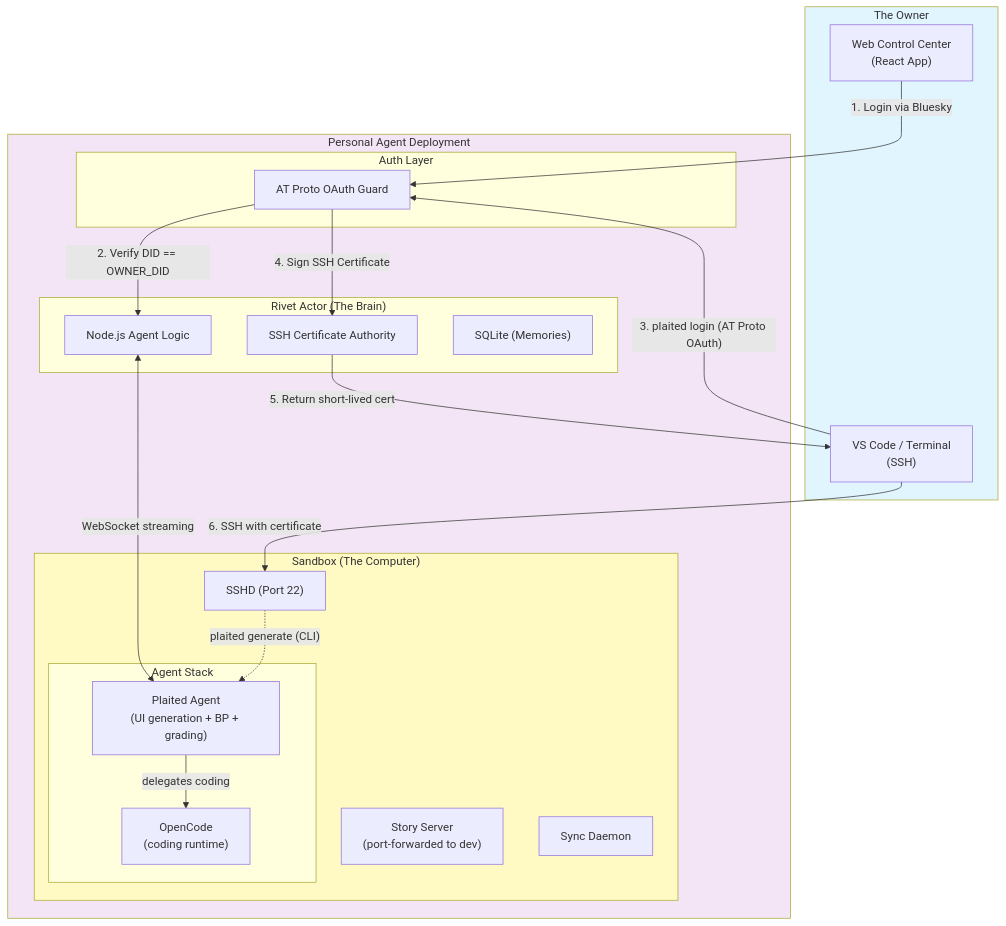
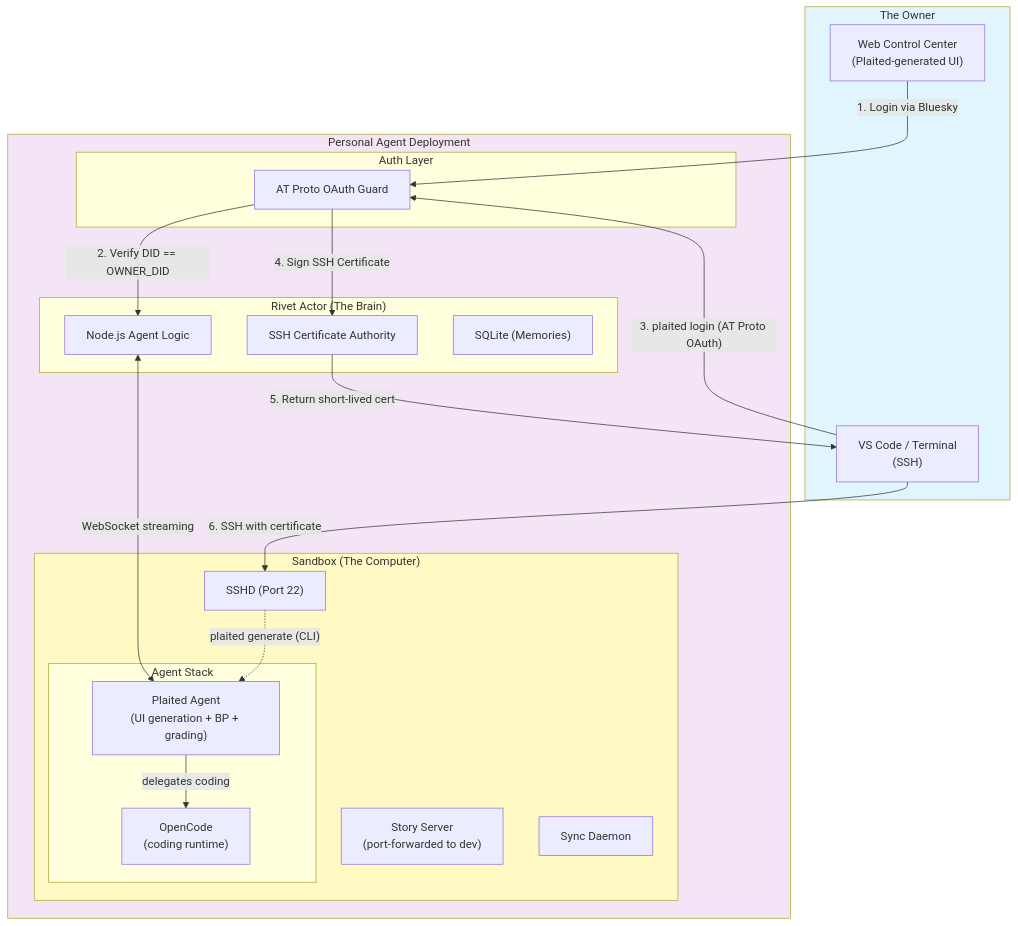
The diagram in BACKGROUND-AGENT-SYSTEM-DESIGN.md (plaited/plaited), drawn with Mermaid before and after one commit. The commit also changed other lines of this file, not shown here.

Commit message:
docs(agent): fix Control Center label — Plaited-generated UI, not React
The Web Control Center is built by the Plaited Agent using its own
template system, not React. Update diagram and section description.

````diff
--- a/BACKGROUND-AGENT-SYSTEM-DESIGN.md
+++ b/BACKGROUND-AGENT-SYSTEM-DESIGN.md
@@ -35,53 +35,53 @@
 ```mermaid
 graph TB
     subgraph OWNER["The Owner"]
-        Browser["Web Control Center<br/>(React App)"]
+        Browser["Web Control Center<br/>(Plaited-generated UI)"]
         IDE["VS Code / Terminal<br/>(SSH)"]
     end
 
     subgraph PERSONAL_CLOUD["Personal Agent Deployment"]
 
         subgraph AUTH_LAYER["Auth Layer"]
             OAuth_Guard["AT Proto OAuth Guard"]
         end
 
         subgraph BRAIN["Rivet Actor (The Brain)"]
             Agent_Logic["Node.js Agent Logic"]
             SSH_CA["SSH Certificate Authority"]
             State_DB["SQLite (Memories)"]
         end
 
         subgraph MUSCLE["Sandbox (The Computer)"]
             subgraph AGENTS["Agent Stack"]
                 PAgent["Plaited Agent<br/>(UI generation + BP + grading)"]
                 OpenCode["OpenCode<br/>(coding runtime)"]
             end
             StoryServer["Story Server<br/>(port-forwarded to dev)"]
             SSHD["SSHD (Port 22)"]
             Sync["Sync Daemon"]
         end
     end
 
     %% Auth Flow
     Browser -->|"1. Login via Bluesky"| OAuth_Guard
     OAuth_Guard --"2. Verify DID == OWNER_DID"--> Agent_Logic
 
     %% CLI Login + SSH CA Flow
     IDE -->|"3. plaited login (AT Proto OAuth)"| OAuth_Guard
     OAuth_Guard --"4. Sign SSH Certificate"--> SSH_CA
     SSH_CA --"5. Return short-lived cert"--> IDE
 
     %% Request Flow: Rivet → Plaited Agent → OpenCode
     Agent_Logic <-->|"WebSocket streaming"| PAgent
     PAgent -->|"delegates coding"| OpenCode
 
     %% Dev can also invoke Plaited Agent directly via CLI
     SSHD -.->|"plaited generate (CLI)"| PAgent
 
     %% SSH Flow (cert-based, no authorized_keys)
     IDE -->|"6. SSH with certificate"| SSHD
 
     style OWNER fill:#e1f5ff
     style PERSONAL_CLOUD fill:#f3e5f5
     style MUSCLE fill:#fff9c4
 ```
````
